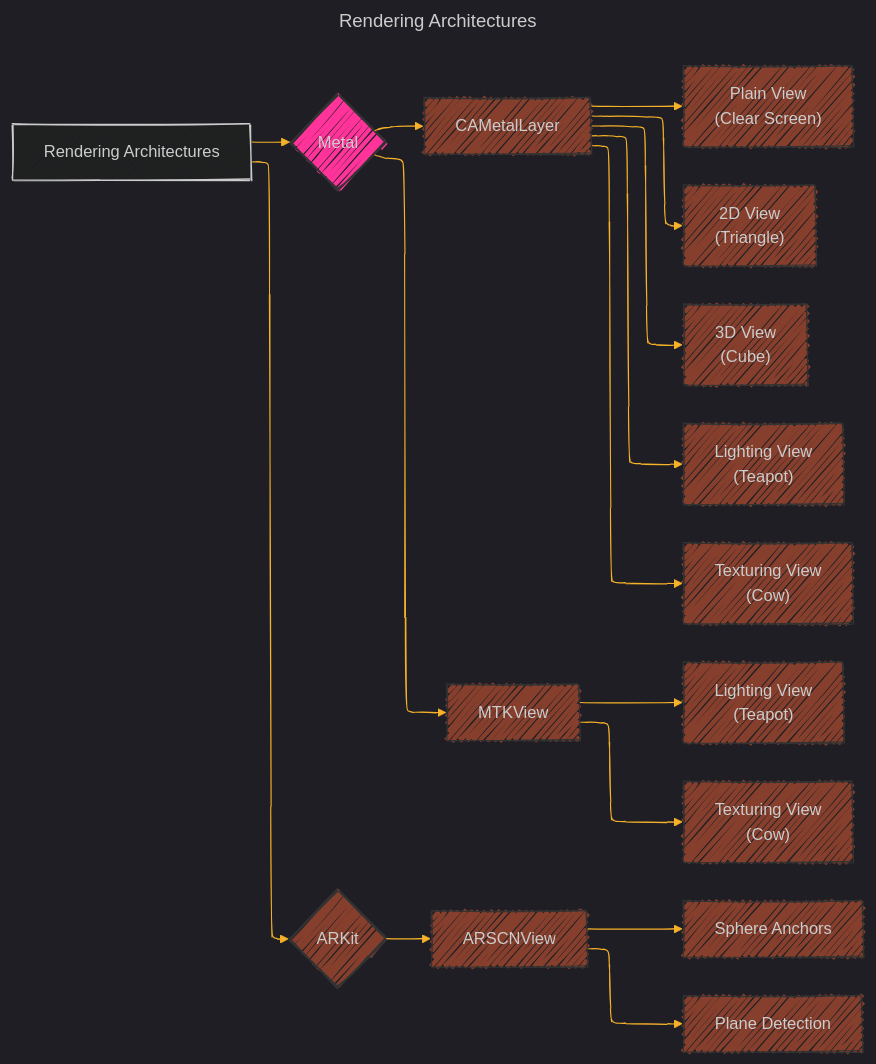
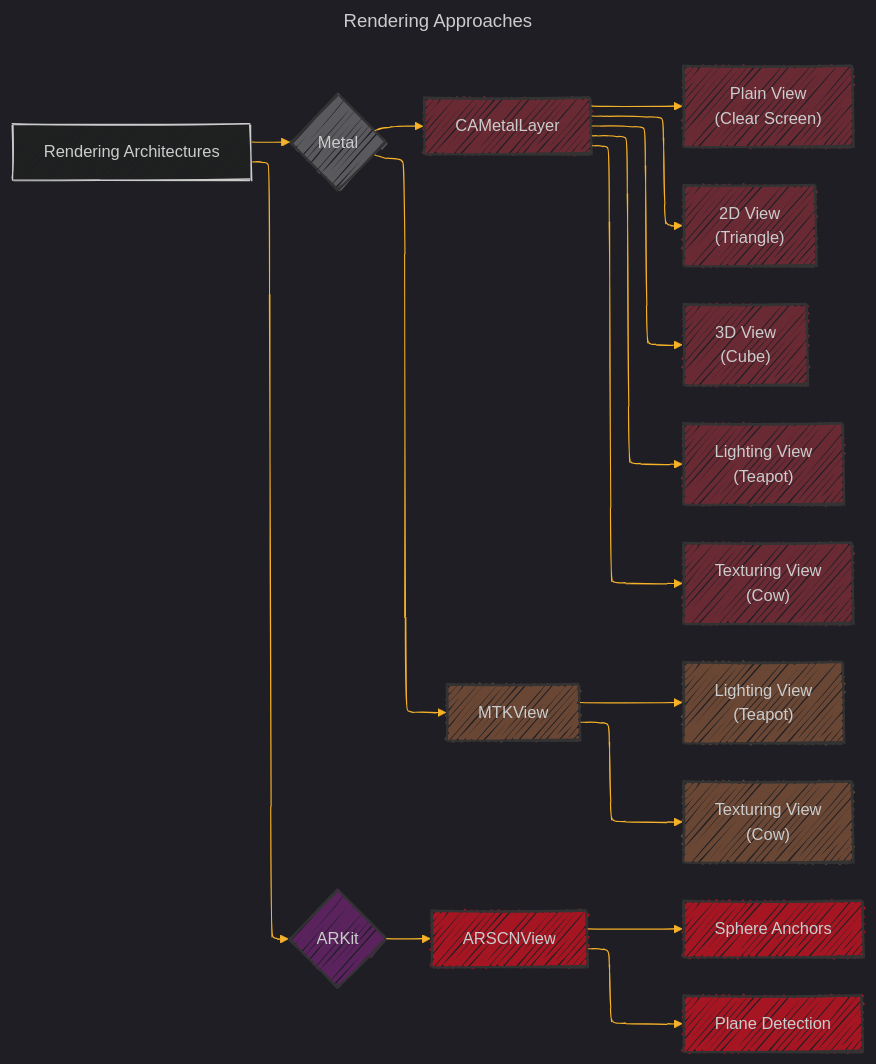
One commit to CongLeSolutionX/Metal-Primitives changed the second of 8 diagrams in Documentation_Consolidated_Version_Draft_2.md. Above: the diagram before and after it, drawn with Mermaid.

Commit message:
update notes

````diff
--- a/Documentation_Consolidated_Version_Draft_2.md
+++ b/Documentation_Consolidated_Version_Draft_2.md
@@ -113,54 +113,58 @@
 ```mermaid
 ---
-title: Rendering Architectures
+title: Rendering Approaches
 config:
   layout: elk
   look: handDrawn
   theme: dark
 ---
 %%{
   init: {
     'fontFamily': 'verdana',
     'themeVariables': {
       'primaryColor': '#BB2528',
       'primaryTextColor': '#f529',
       'primaryBorderColor': '#7C0000',
       'lineColor': '#F8B229',
       'secondaryColor': '#006100',
       'tertiaryColor': '#fff'
     }
   }
 }%%
 graph LR
     A[Rendering Architectures] --> B{Metal}
     B --> C[CAMetalLayer]
     C --> D["Plain View<br>(Clear Screen)"]
     C --> E["2D View<br>(Triangle)"]
     C --> F["3D View<br>(Cube)"]
     C --> G["Lighting View<br>(Teapot)"]
     C --> H["Texturing View<br>(Cow)"]
+    
     B --> I[MTKView]
     I --> J["Lighting View<br>(Teapot)"]
     I --> K["Texturing View<br>(Cow)"]
 
     A --> L{ARKit}
+
     L --> M[ARSCNView]
     M --> N[Sphere Anchors]
     M --> O[Plane Detection]
 
-    style B fill:#f39f,stroke:#333,stroke-width:2px
-    style L fill:#c539,stroke:#333,stroke-width:2px
-    style C fill:#c539,stroke:#333,stroke-width:1px
-    style I fill:#c539,stroke:#333,stroke-width:1px
-    style D fill:#c539,stroke:#333,stroke-width:1px
-    style E fill:#c539,stroke:#333,stroke-width:1px
-    style F fill:#c539,stroke:#333,stroke-width:1px
-    style G fill:#c539,stroke:#333,stroke-width:1px
-    style H fill:#c539,stroke:#333,stroke-width:1px
-    style J fill:#c539,stroke:#333,stroke-width:1px
-    style K fill:#c539,stroke:#333,stroke-width:1px
-    style M fill:#c539,stroke:#333,stroke-width:1px
-    style N fill:#c539,stroke:#333,stroke-width:1px
-    style O fill:#c539,stroke:#333,stroke-width:1px
+
+    classDef Metal fill:#fff4,stroke:#333,stroke-width:2px
+    class B Metal
+
+    classDef ARKit fill:#f3f4,stroke:#333,stroke-width:2px
+    class L ARKit
+
+    classDef CAMetalLayer fill:#f455,stroke:#333,stroke-width:2px
+    class C,D,E,F,G,H CAMetalLayer
+    
+    
+    classDef MTKView fill:#f955,stroke:#333,stroke-width:2px
+    class I,J,K MTKView
+
+    classDef ARSCNView fill:#f129,stroke:#333,stroke-width:2px
+    class M,N,O ARSCNView
 
 ```
````
